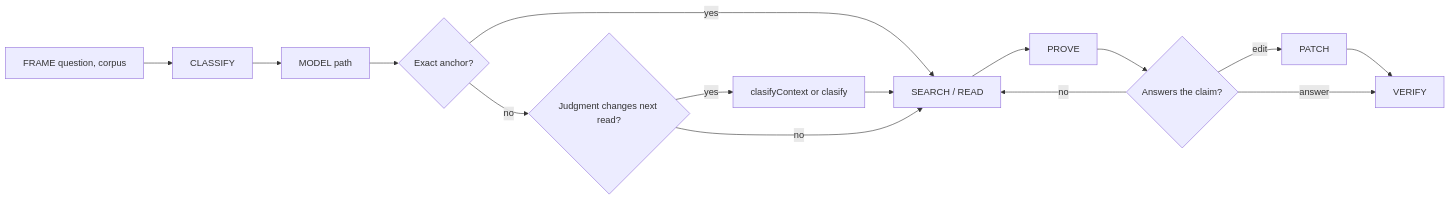
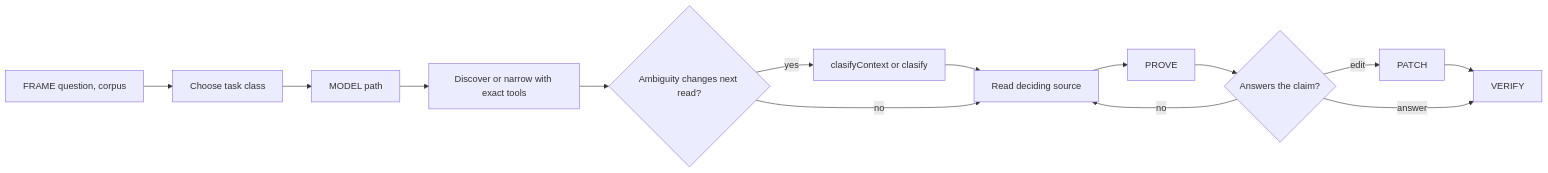
The diagram in skills/octocode-research/SKILL.md (bgauryy/octocode-mcp), drawn with Mermaid before and after one commit. The commit also changed other lines of this file and 728 other files, not shown here.

````diff
--- a/skills/octocode-research/SKILL.md
+++ b/skills/octocode-research/SKILL.md
@@ -10,12 +10,12 @@
 ```mermaid
 flowchart LR
-  F[FRAME question, corpus] --> C[CLASSIFY] --> M[MODEL path] --> A{Exact anchor?}
-  A -- yes --> R[SEARCH / READ]
-  A -- no --> S{Judgment changes next read?}
-  S -- yes --> Q[clasifyContext or clasify] --> R
+  F[FRAME question, corpus] --> C[Choose task class] --> M[MODEL path]
+  M --> A[Discover or narrow with exact tools]
+  A --> S{Ambiguity changes next read?}
+  S -- yes --> Q[clasifyContext or clasify] --> R[Read deciding source]
   S -- no --> R
   R --> P[PROVE] --> E{Answers the claim?}
   E -- no --> R
   E -- edit --> D[PATCH] --> V[VERIFY]
   E -- answer --> V
 ```
````
